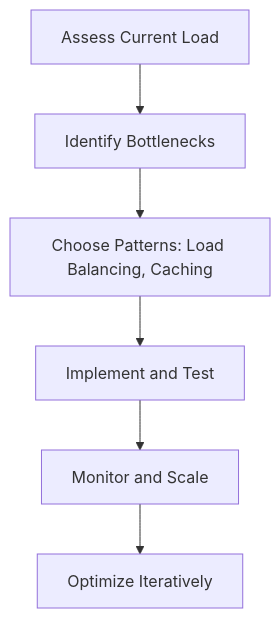
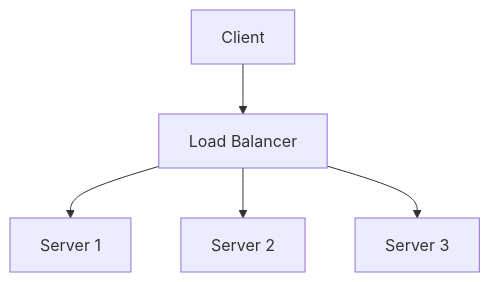
The first of 2 diagrams in high-scalability-patterns/README.md (VrushankPatel/interview-matters), drawn with Mermaid before and after one commit. The commit also changed other lines of this file and 5 other files, not shown here.

````diff
--- a/high-scalability-patterns/README.md
+++ b/high-scalability-patterns/README.md
@@ -120,8 +22,7 @@
 ```mermaid
 graph TD
-    A[Assess Current Load] --> B[Identify Bottlenecks]
-    B --> C[Choose Patterns: Load Balancing, Caching]
-    C --> D[Implement and Test]
-    D --> E[Monitor and Scale]
-    E --> F[Optimize Iteratively]
+    A[Client] --> B[Load Balancer]
+    B --> C[Server 1]
+    B --> D[Server 2]
+    B --> E[Server 3]
 ```
````
